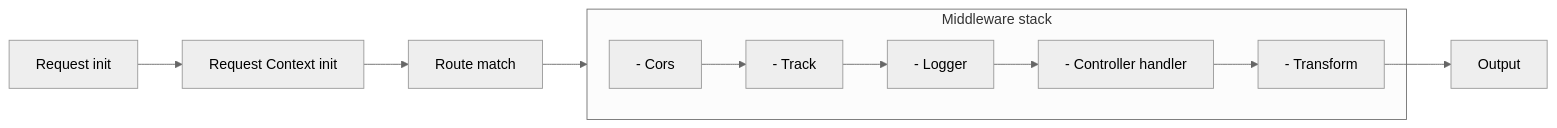
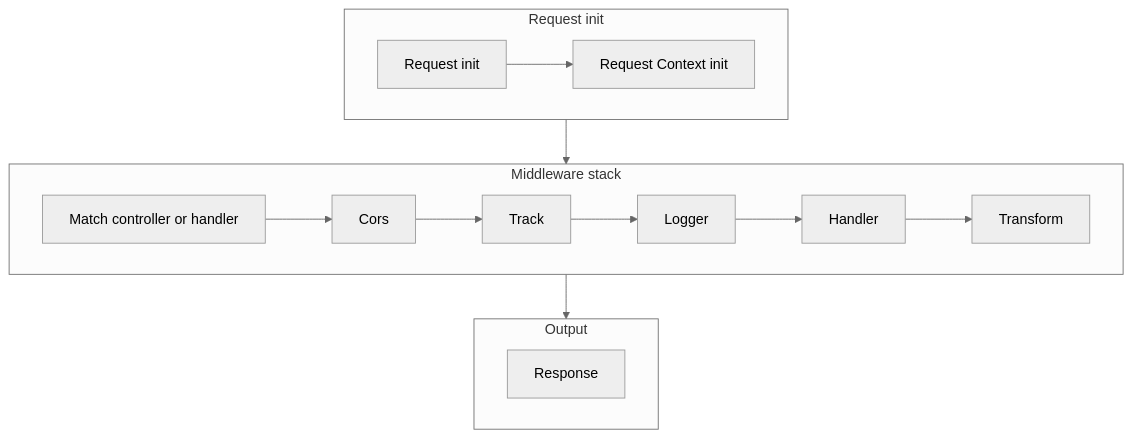
Before and after one commit to kentng201/morphis-docs: the diagram in app/docs/core-concepts/page.mdx, drawn with Mermaid (neutral theme). The commit also changed other lines of this file and 5 other files, not shown here.

````diff
--- a/app/docs/core-concepts/page.mdx
+++ b/app/docs/core-concepts/page.mdx
@@ -15,17 +15,24 @@
 ```mermaid
-flowchart LR
-		A[Request init] --> B[Request Context init]
-		B --> C[Route match]
-		C --> D
+flowchart TB
+    %% Request init (horizontal inside)
+    subgraph Req[Request init]
+        direction LR
+        A[Request init] --> B[Request Context init]
+    end
 
-		subgraph D[Middleware stack]
-				E[- Cors]
-				F[- Track]
-				G[- Logger]
-				H[- Controller handler]
-				I[- Transform]
-				E --> F --> G --> H --> I
-		end
+    %% Middleware stack (horizontal chain)
+    subgraph Mid[Middleware stack]
+        direction LR
+        C[Match controller or handler] --> E[Cors] --> F[Track] --> G[Logger] --> H[Handler] --> I[Transform]
+    end
 
-		I --> J[Output]
+    %% Output
+    subgraph Out[Output]
+        direction LR
+        J[Response]
+    end
+
+    %% Vertical flow between sections
+    B --> C
+    I --> J
 ```
````
